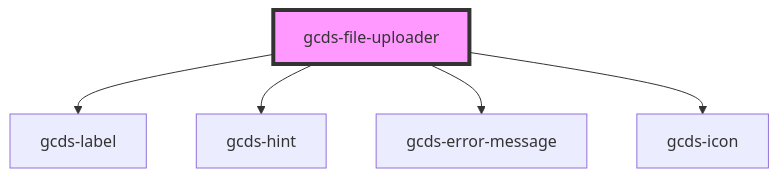
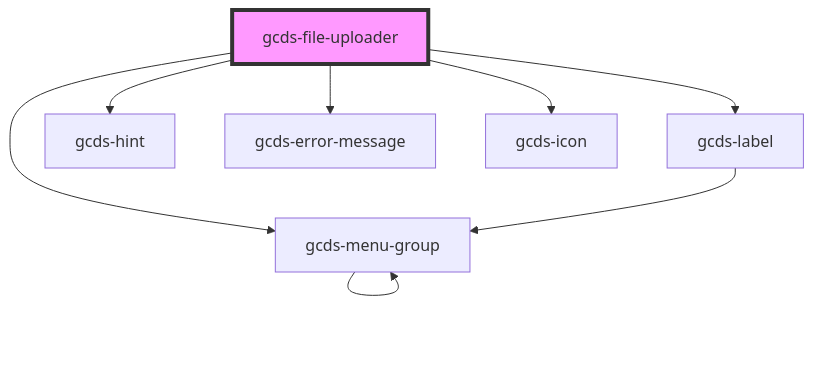
The diagram in packages/web/src/components/gcds-file-uploader/readme.md (cds-snc/gcds-components), drawn with Mermaid before and after one commit. The commit also changed other lines of this file and 37 other files, not shown here.

````diff
--- a/packages/web/src/components/gcds-file-uploader/readme.md
+++ b/packages/web/src/components/gcds-file-uploader/readme.md
@@ -63,8 +64,11 @@
 ```mermaid
 graph TD;
   gcds-file-uploader --> gcds-label
   gcds-file-uploader --> gcds-hint
   gcds-file-uploader --> gcds-error-message
   gcds-file-uploader --> gcds-icon
+  gcds-file-uploader --> gcds-menu-group
+  gcds-label --> gcds-menu-group
+  gcds-menu-group --> gcds-menu-group
   style gcds-file-uploader fill:#f9f,stroke:#333,stroke-width:4px
 ```
````
